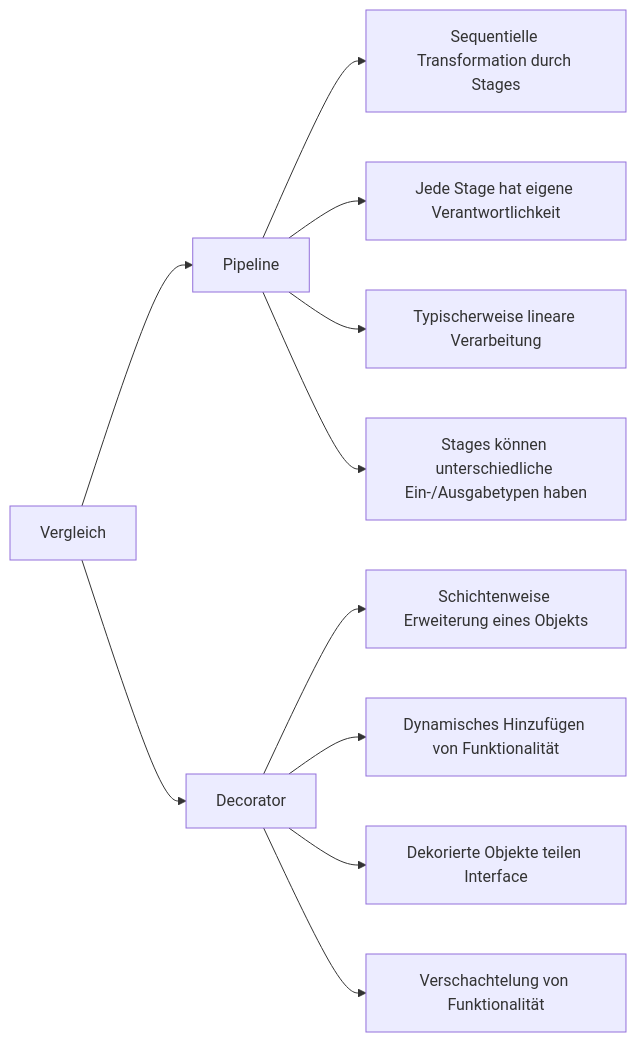
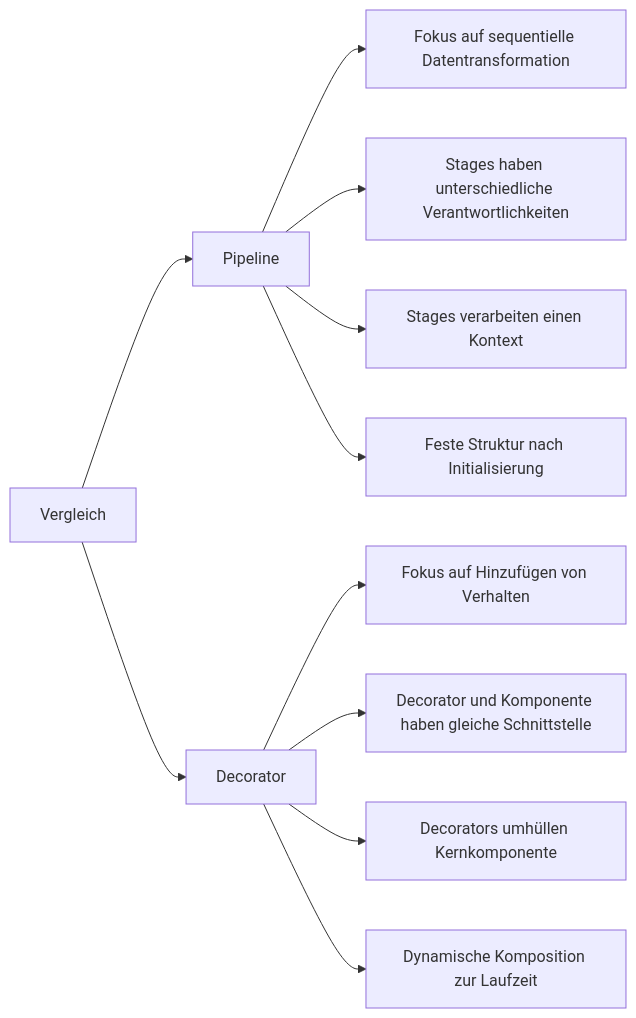
Before and after one commit to scimbe/VS_Pattern_By_KI: the fourth of 13 diagrams in Pipeline/docs/PATTERNS_COMPARISON.md, drawn with Mermaid. The commit also changed other lines of this file and 19 other files, not shown here.

````diff
--- a/Pipeline/docs/PATTERNS_COMPARISON.md
+++ b/Pipeline/docs/PATTERNS_COMPARISON.md
@@ -72,15 +76,15 @@
 ```mermaid
 flowchart LR
     A[Vergleich] --> B[Pipeline]
     A --> C[Decorator]
     
-    B --> B1["Sequentielle Transformation durch Stages"]
-    B --> B2["Jede Stage hat eigene Verantwortlichkeit"]
-    B --> B3["Typischerweise lineare Verarbeitung"]
-    B --> B4["Stages können unterschiedliche Ein-/Ausgabetypen haben"]
+    B --> B1["Fokus auf sequentielle Datentransformation"]
+    B --> B2["Stages haben unterschiedliche Verantwortlichkeiten"]
+    B --> B3["Stages verarbeiten einen Kontext"]
+    B --> B4["Feste Struktur nach Initialisierung"]
     
-    C --> C1["Schichtenweise Erweiterung eines Objekts"]
-    C --> C2["Dynamisches Hinzufügen von Funktionalität"]
-    C --> C3["Dekorierte Objekte teilen Interface"]
-    C --> C4["Verschachtelung von Funktionalität"]
+    C --> C1["Fokus auf Hinzufügen von Verhalten"]
+    C --> C2["Decorator und Komponente haben gleiche Schnittstelle"]
+    C --> C3["Decorators umhüllen Kernkomponente"]
+    C --> C4["Dynamische Komposition zur Laufzeit"]
 ```
````
